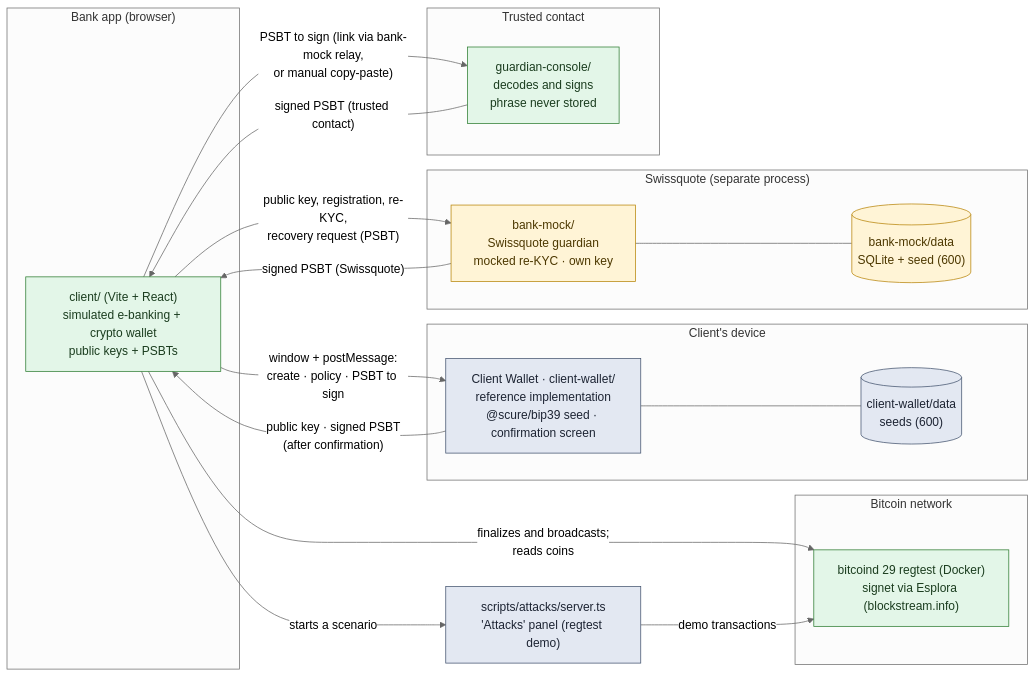
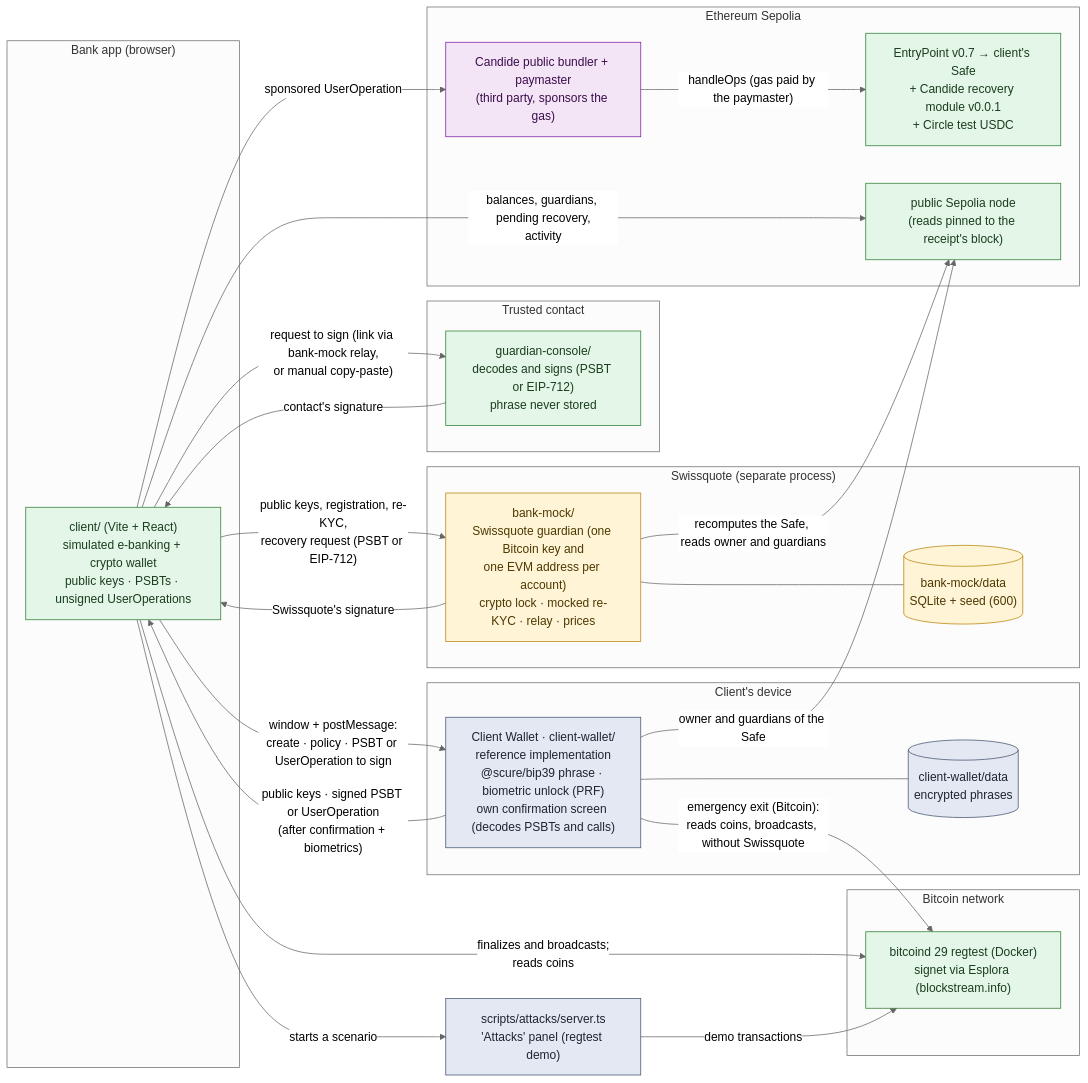
Before and after one commit to bilfrux/Swissquote-Wallet: the first of 3 diagrams in docs/architecture.md, drawn with Mermaid (neutral theme). The commit also changed other lines of this file and 2 other files, not shown here.

First line of the commit message:
Étape 64 : Ethereum dans l'architecture, validate:63 dans le README

````diff
--- a/docs/architecture.md
+++ b/docs/architecture.md
@@ -8,42 +10,55 @@
 ```mermaid
 flowchart LR
   classDef reel fill:#e3f6e8,stroke:#2e7d32,color:#1b3d1f
   classDef mock fill:#fff4d6,stroke:#b8860b,color:#4d3800
   classDef demo fill:#e3e8f2,stroke:#44546f,color:#1d2433
+  classDef tiers fill:#f3e5f5,stroke:#7b1fa2,color:#3c0d4d
 
   subgraph Banque["Bank app (browser)"]
-    APP["client/ (Vite + React)<br/>simulated e-banking + crypto wallet<br/>public keys + PSBTs"]:::reel
+    APP["client/ (Vite + React)<br/>simulated e-banking + crypto wallet<br/>public keys · PSBTs · unsigned UserOperations"]:::reel
   end
 
   subgraph Appareil["Client's device"]
-    WALLET["Client Wallet · client-wallet/<br/>reference implementation<br/>@scure/bip39 seed · confirmation screen"]:::demo
-    WDB[("client-wallet/data<br/>seeds (600)")]:::demo
+    WALLET["Client Wallet · client-wallet/<br/>reference implementation<br/>@scure/bip39 phrase · biometric unlock (PRF)<br/>own confirmation screen (decodes PSBTs and calls)"]:::demo
+    WDB[("client-wallet/data<br/>encrypted phrases")]:::demo
   end
 
   subgraph SQ["Swissquote (separate process)"]
-    BANK["bank-mock/<br/>Swissquote guardian<br/>mocked re-KYC · own key"]:::mock
+    BANK["bank-mock/<br/>Swissquote guardian (one Bitcoin key and<br/>one EVM address per account)<br/>crypto lock · mocked re-KYC · relay · prices"]:::mock
     DB[("bank-mock/data<br/>SQLite + seed (600)")]:::mock
   end
 
   subgraph TIERS["Trusted contact"]
-    CONSOLE["guardian-console/<br/>decodes and signs<br/>phrase never stored"]:::reel
+    CONSOLE["guardian-console/<br/>decodes and signs (PSBT or EIP-712)<br/>phrase never stored"]:::reel
   end
 
-  subgraph CHAIN["Bitcoin network"]
+  subgraph BTC["Bitcoin network"]
     NODE["bitcoind 29 regtest (Docker)<br/>signet via Esplora (blockstream.info)"]:::reel
+  end
+
+  subgraph ETH["Ethereum Sepolia"]
+    BUNDLER["Candide public bundler + paymaster<br/>(third party, sponsors the gas)"]:::tiers
+    SAFE["EntryPoint v0.7 → client's Safe<br/>+ Candide recovery module v0.0.1<br/>+ Circle test USDC"]:::reel
+    RPC["public Sepolia node<br/>(reads pinned to the receipt's block)"]:::reel
   end
 
   ATT["scripts/attacks/server.ts<br/>'Attacks' panel (regtest demo)"]:::demo
 
-  APP -- "window + postMessage:<br/>create · policy · PSBT to sign" --> WALLET
-  WALLET -- "public key · signed PSBT<br/>(after confirmation)" --> APP
+  APP -- "window + postMessage:<br/>create · policy · PSBT or UserOperation to sign" --> WALLET
+  WALLET -- "public keys · signed PSBT or UserOperation<br/>(after confirmation + biometrics)" --> APP
   WALLET --- WDB
-  APP -- "public key, registration, re-KYC,<br/>recovery request (PSBT)" --> BANK
+  APP -- "public keys, registration, re-KYC,<br/>recovery request (PSBT or EIP-712)" --> BANK
   BANK --- DB
-  BANK -- "signed PSBT (Swissquote)" --> APP
-  APP -- "PSBT to sign (link via bank-mock relay,<br/>or manual copy-paste)" --> CONSOLE
-  CONSOLE -- "signed PSBT (trusted contact)" --> APP
+  BANK -- "Swissquote's signature" --> APP
+  APP -- "request to sign (link via bank-mock relay,<br/>or manual copy-paste)" --> CONSOLE
+  CONSOLE -- "contact's signature" --> APP
   APP -- "finalizes and broadcasts;<br/>reads coins" --> NODE
+  WALLET -- "emergency exit (Bitcoin):<br/>reads coins, broadcasts, without Swissquote" --> NODE
+  APP -- "sponsored UserOperation" --> BUNDLER
+  BUNDLER -- "handleOps (gas paid by the paymaster)" --> SAFE
+  APP -- "balances, guardians, pending recovery,<br/>activity" --> RPC
+  WALLET -- "owner and guardians of the Safe" --> RPC
+  BANK -- "recomputes the Safe, reads owner and guardians" --> RPC
   APP -- "starts a scenario" --> ATT
   ATT -- "demo transactions" --> NODE
 ```
````
